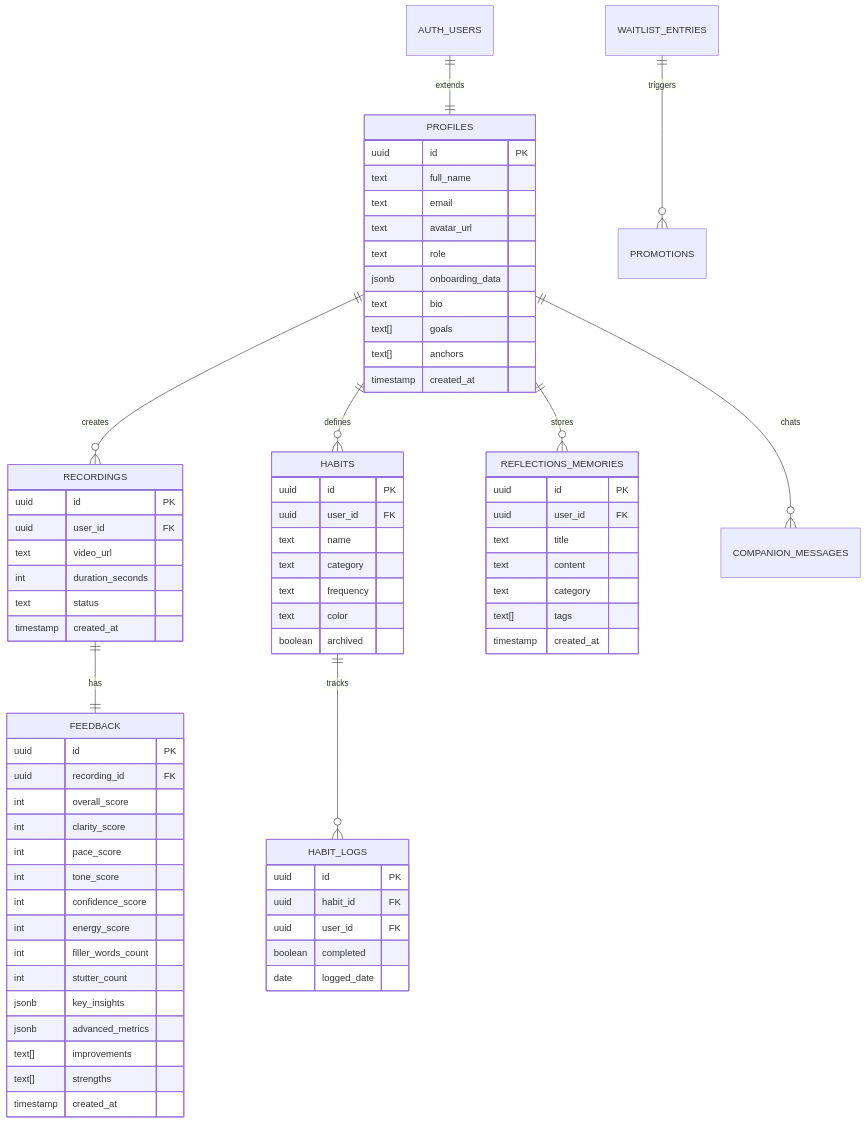
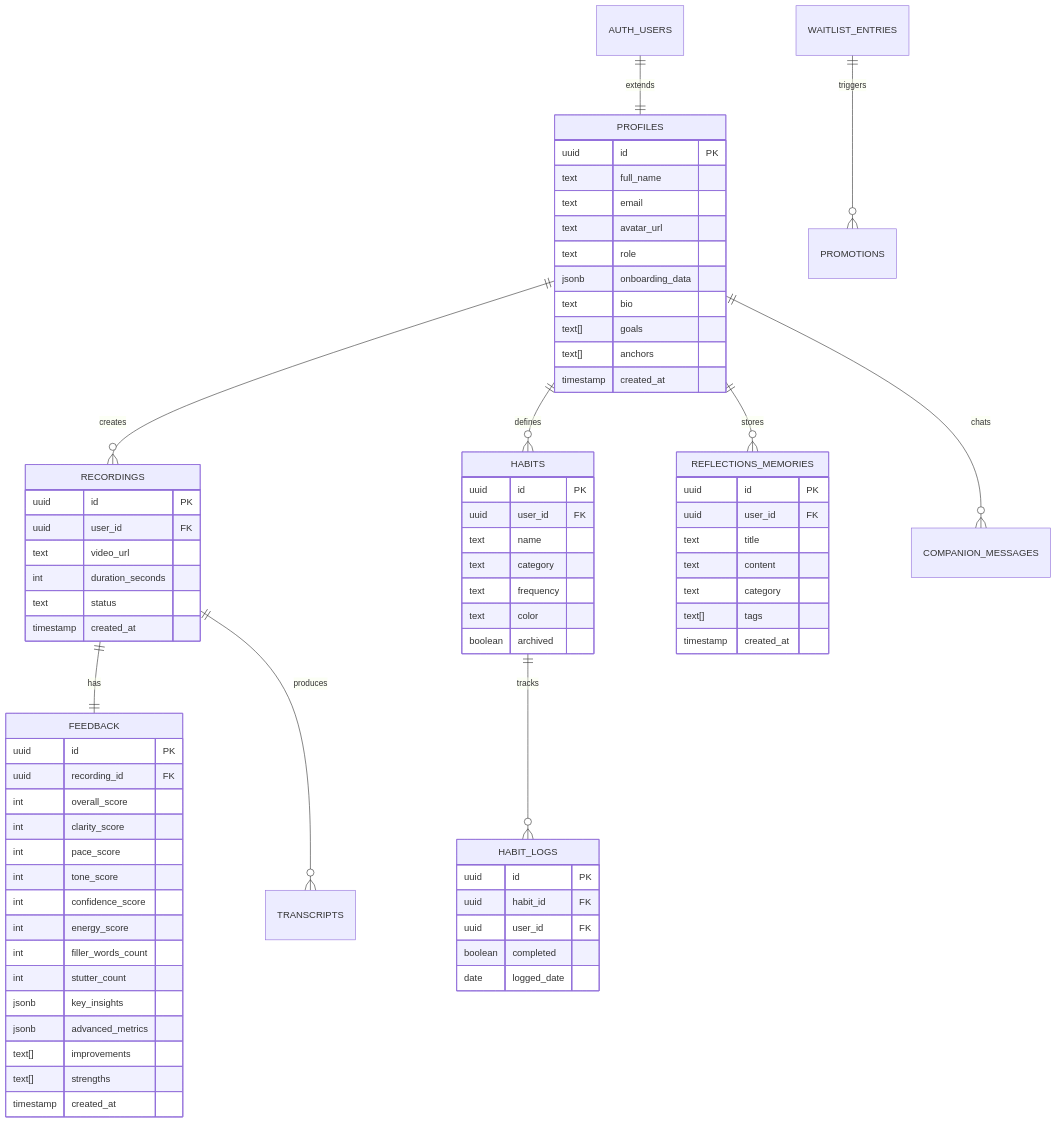
One commit to yashmagar01/The-Future-You changed diagram 14 of 18 in README.md. Above: the diagram before and after it, drawn with Mermaid. The commit also changed other lines of this file and 1 other file, not shown here.

````diff
--- a/README.md
+++ b/README.md
@@ -701,79 +696,80 @@
 ```mermaid
 erDiagram
     AUTH_USERS ||--|| PROFILES : extends
     PROFILES ||--o{ RECORDINGS : creates
     RECORDINGS ||--|| FEEDBACK : has
+    RECORDINGS ||--o{ TRANSCRIPTS : produces
     PROFILES ||--o{ HABITS : defines
     HABITS ||--o{ HABIT_LOGS : tracks
     PROFILES ||--o{ REFLECTIONS_MEMORIES : stores
     PROFILES ||--o{ COMPANION_MESSAGES : chats
     WAITLIST_ENTRIES ||--o{ PROMOTIONS : triggers
 
     PROFILES {
         uuid id PK
         text full_name
         text email
         text avatar_url
         text role
         jsonb onboarding_data
         text bio
         text[] goals
         text[] anchors
         timestamp created_at
     }
 
     RECORDINGS {
         uuid id PK
         uuid user_id FK
         text video_url
         int duration_seconds
         text status
         timestamp created_at
     }
 
     FEEDBACK {
         uuid id PK
         uuid recording_id FK
         int overall_score
         int clarity_score
         int pace_score
         int tone_score
         int confidence_score
         int energy_score
         int filler_words_count
         int stutter_count
         jsonb key_insights
         jsonb advanced_metrics
         text[] improvements
         text[] strengths
         timestamp created_at
     }
 
     HABITS {
         uuid id PK
         uuid user_id FK
         text name
         text category
         text frequency
         text color
         boolean archived
     }
 
     HABIT_LOGS {
         uuid id PK
         uuid habit_id FK
         uuid user_id FK
         boolean completed
         date logged_date
     }
 
     REFLECTIONS_MEMORIES {
         uuid id PK
         uuid user_id FK
         text title
         text content
         text category
         text[] tags
         timestamp created_at
     }
 ```
````
